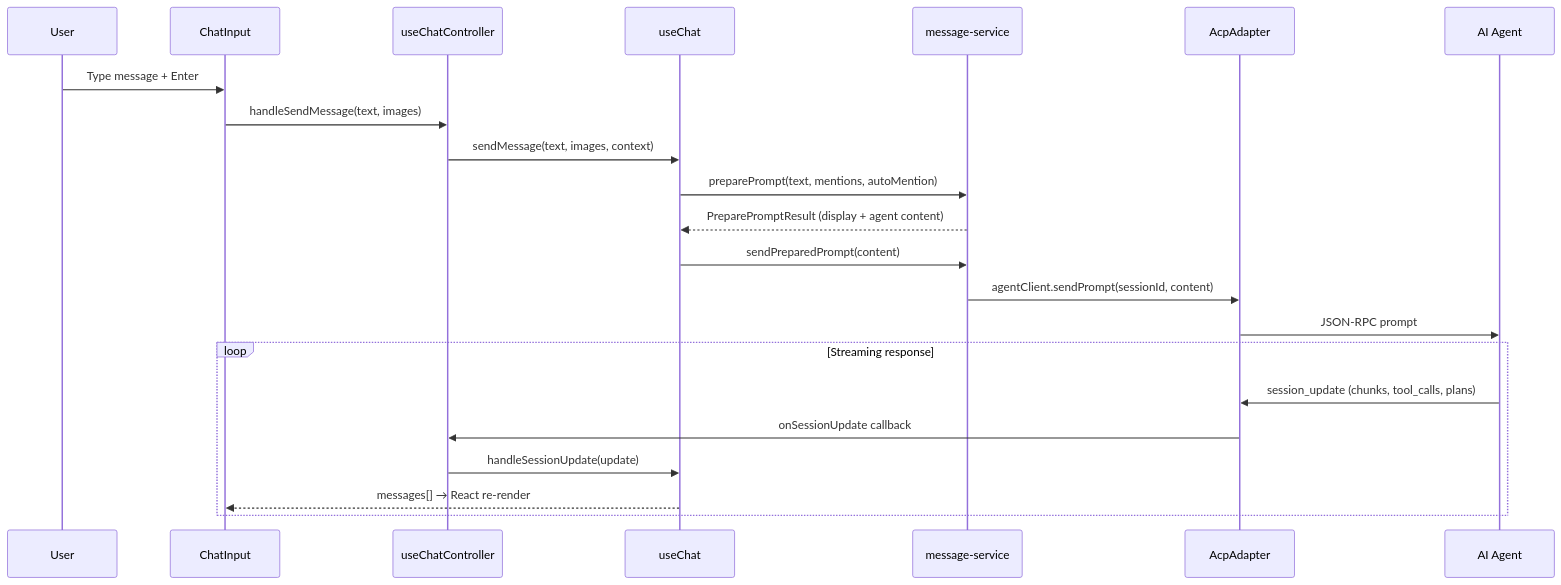
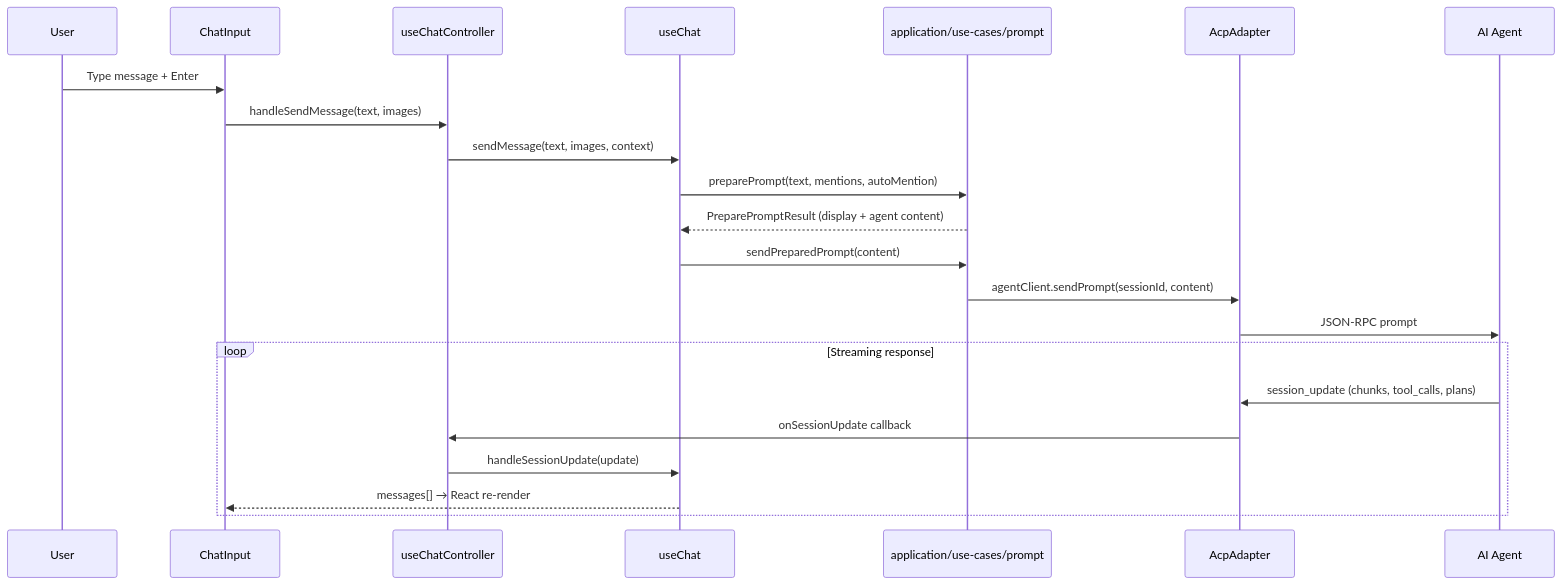
One commit to RAIT-09/obsidian-agent-client changed the second of 5 diagrams in CONTRIBUTING.md. Above: the diagram before and after it, drawn with Mermaid. The commit also changed other lines of this file and 6 other files, not shown here.

Commit message:
docs: refresh AGENTS and contributing architecture guides

````diff
--- a/CONTRIBUTING.md
+++ b/CONTRIBUTING.md
@@ -77,26 +84,26 @@
 ```mermaid
 sequenceDiagram
     participant User
     participant ChatInput
     participant Controller as useChatController
     participant Chat as useChat
-    participant MsgSvc as message-service
+    participant PromptUC as application/use-cases/prompt
     participant Adapter as AcpAdapter
     participant Agent as AI Agent
 
     User->>ChatInput: Type message + Enter
     ChatInput->>Controller: handleSendMessage(text, images)
     Controller->>Chat: sendMessage(text, images, context)
-    Chat->>MsgSvc: preparePrompt(text, mentions, autoMention)
-    MsgSvc-->>Chat: PreparePromptResult (display + agent content)
-    Chat->>MsgSvc: sendPreparedPrompt(content)
-    MsgSvc->>Adapter: agentClient.sendPrompt(sessionId, content)
+    Chat->>PromptUC: preparePrompt(text, mentions, autoMention)
+    PromptUC-->>Chat: PreparePromptResult (display + agent content)
+    Chat->>PromptUC: sendPreparedPrompt(content)
+    PromptUC->>Adapter: agentClient.sendPrompt(sessionId, content)
     Adapter->>Agent: JSON-RPC prompt
 
     loop Streaming response
         Agent->>Adapter: session_update (chunks, tool_calls, plans)
         Adapter->>Controller: onSessionUpdate callback
         Controller->>Chat: handleSessionUpdate(update)
         Chat-->>ChatInput: messages[] → React re-render
     end
 ```
````
